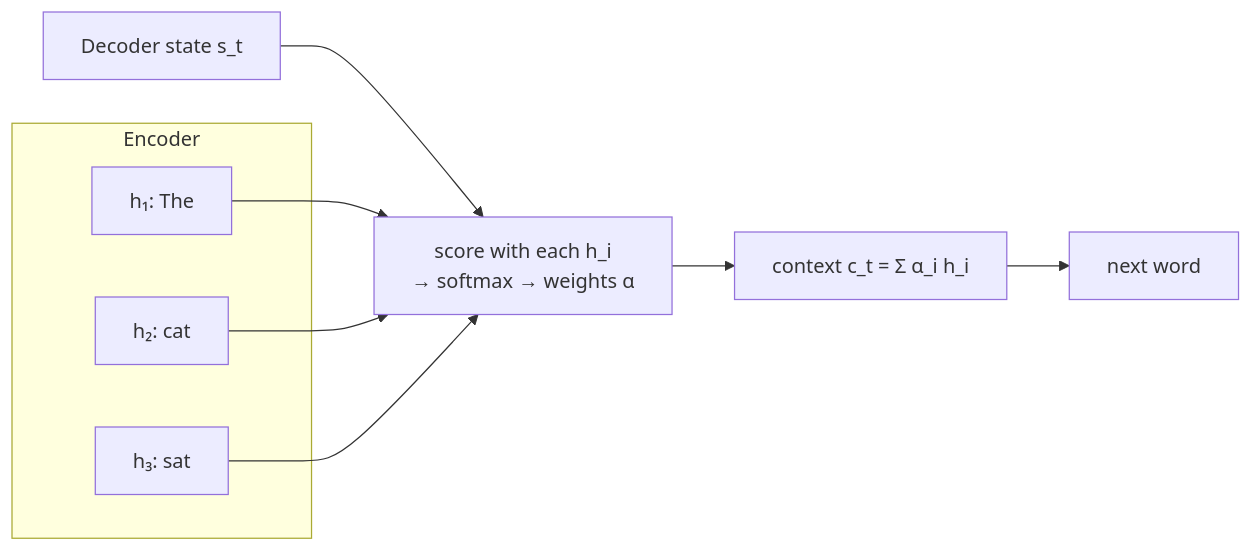
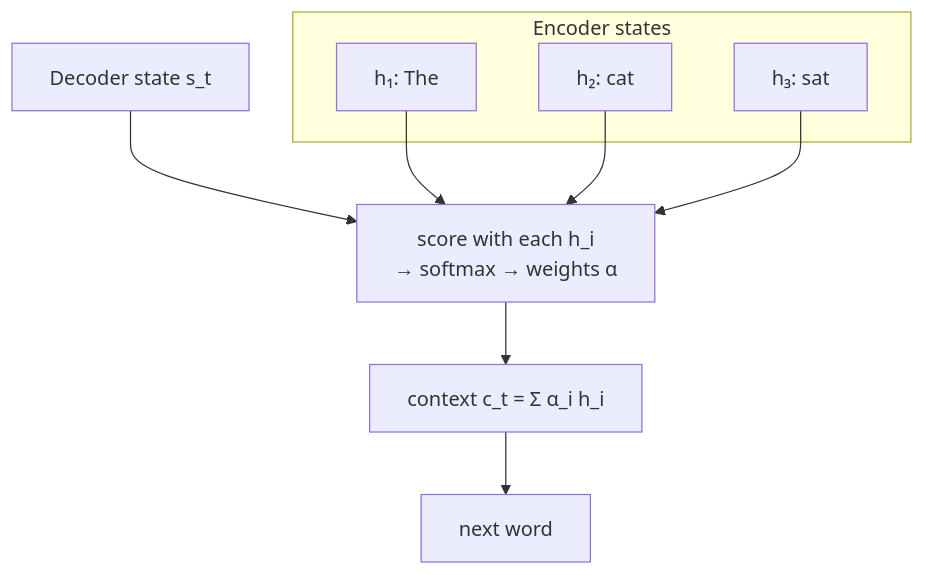
One commit to rajan-021/AI-ML changed the second of 2 diagrams in docs/deep-learning/sequence-models.md. Above: the diagram before and after it, drawn with Mermaid. The commit also changed 20 other files, not shown here.

First line of the commit message:
Make diagrams readable at the content width

````diff
--- a/docs/deep-learning/sequence-models.md
+++ b/docs/deep-learning/sequence-models.md
@@ -156,14 +156,14 @@
 ```mermaid
-flowchart LR
-    subgraph Encoder
-        h1["h₁: The"] 
+flowchart TB
+    subgraph Encoder["Encoder states"]
+        h1["h₁: The"]
         h2["h₂: cat"]
         h3["h₃: sat"]
     end
     s["Decoder state s_t"] --> sc["score with each h_i<br/>→ softmax → weights α"]
     h1 --> sc
     h2 --> sc
     h3 --> sc
     sc --> c["context c_t = Σ α_i h_i"]
     c --> out["next word"]
 ```
````
